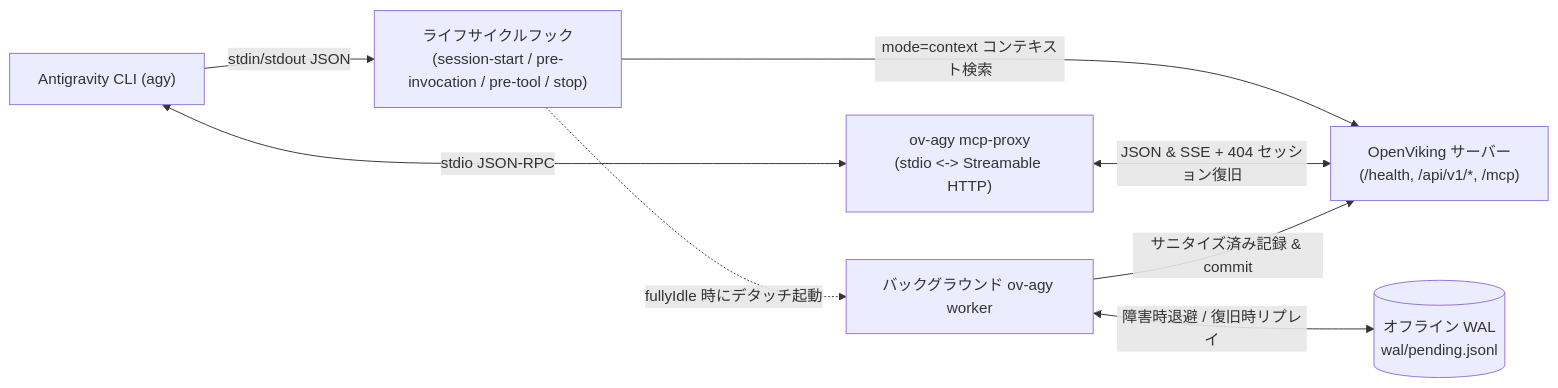
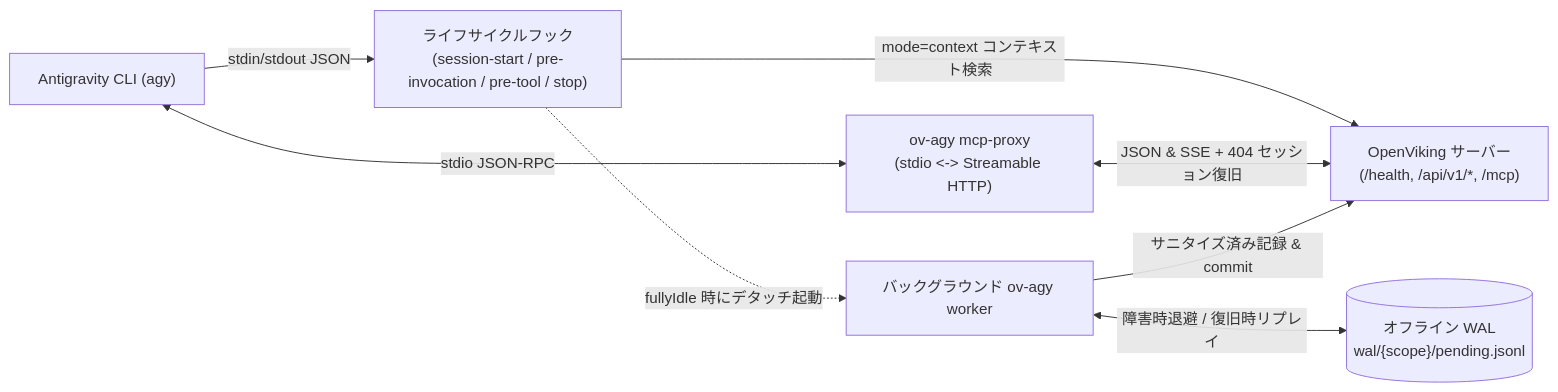
Before and after one commit to JamCh01/agy-openviking: the diagram in README.ja.md, drawn with Mermaid. The commit also changed other lines of this file and 21 other files, not shown here.

````diff
--- a/README.ja.md
+++ b/README.ja.md
@@ -54,17 +56,17 @@
 ```mermaid
 flowchart LR
     AGY["Antigravity CLI (agy)"]
     HOOKS["ライフサイクルフック\n(session-start / pre-invocation / pre-tool / stop)"]
     MCP["ov-agy mcp-proxy\n(stdio <-> Streamable HTTP)"]
     WORKER["バックグラウンド ov-agy worker"]
-    WAL[("オフライン WAL\nwal/pending.jsonl")]
+    WAL[("オフライン WAL\nwal/{scope}/pending.jsonl")]
     OV["OpenViking サーバー\n(/health, /api/v1/*, /mcp)"]
 
     AGY -->|"stdin/stdout JSON"| HOOKS
     AGY <-->|"stdio JSON-RPC"| MCP
     HOOKS -->|"mode=context コンテキスト検索"| OV
     HOOKS -.->|"fullyIdle 時にデタッチ起動"| WORKER
     MCP <-->|"JSON & SSE + 404 セッション復旧"| OV
     WORKER -->|"サニタイズ済み記録 & commit"| OV
     WORKER <-->|"障害時退避 / 復旧時リプレイ"| WAL
 ```
````
